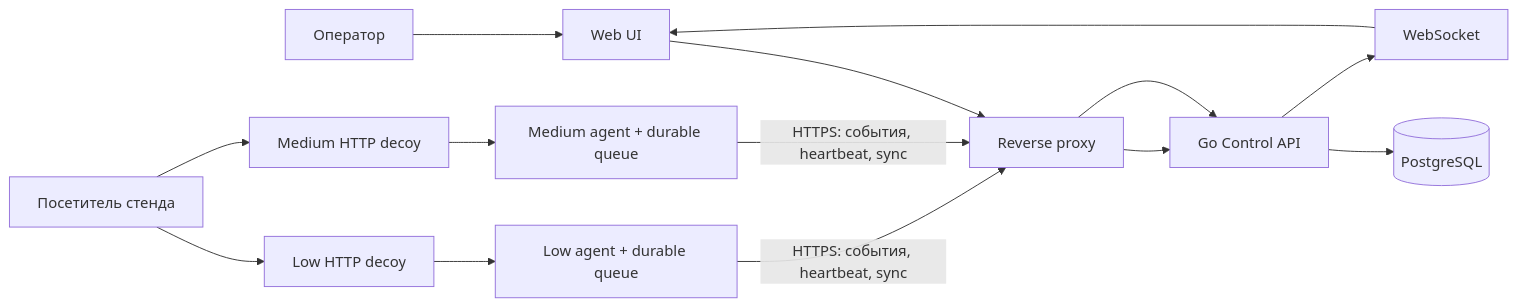
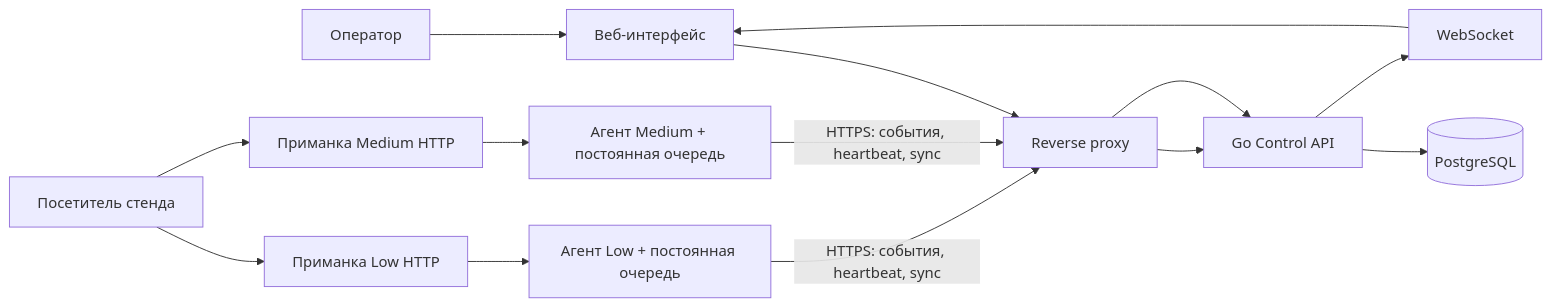
One commit to fezonV/HoneyForge changed the diagram in README.md. Above: the diagram before and after it, drawn with Mermaid. The commit also changed other lines of this file and 23 other files, not shown here.

````diff
--- a/README.md
+++ b/README.md
@@ -31,16 +34,16 @@
 ```mermaid
 flowchart LR
-  Operator[Оператор] --> UI[Web UI]
+  Operator[Оператор] --> UI[Веб-интерфейс]
   UI --> Proxy[Reverse proxy]
   Proxy --> Control[Go Control API]
   Control --> DB[(PostgreSQL)]
   Control --> WS[WebSocket]
   WS --> UI
-  Visitor[Посетитель стенда] --> Low[Low HTTP decoy]
-  Visitor --> Medium[Medium HTTP decoy]
-  Low --> LowAgent[Low agent + durable queue]
-  Medium --> MediumAgent[Medium agent + durable queue]
+  Visitor[Посетитель стенда] --> Low[Приманка Low HTTP]
+  Visitor --> Medium[Приманка Medium HTTP]
+  Low --> LowAgent[Агент Low + постоянная очередь]
+  Medium --> MediumAgent[Агент Medium + постоянная очередь]
   LowAgent -->|HTTPS: события, heartbeat, sync| Proxy
   MediumAgent -->|HTTPS: события, heartbeat, sync| Proxy
   Proxy --> Control
 ```
````
